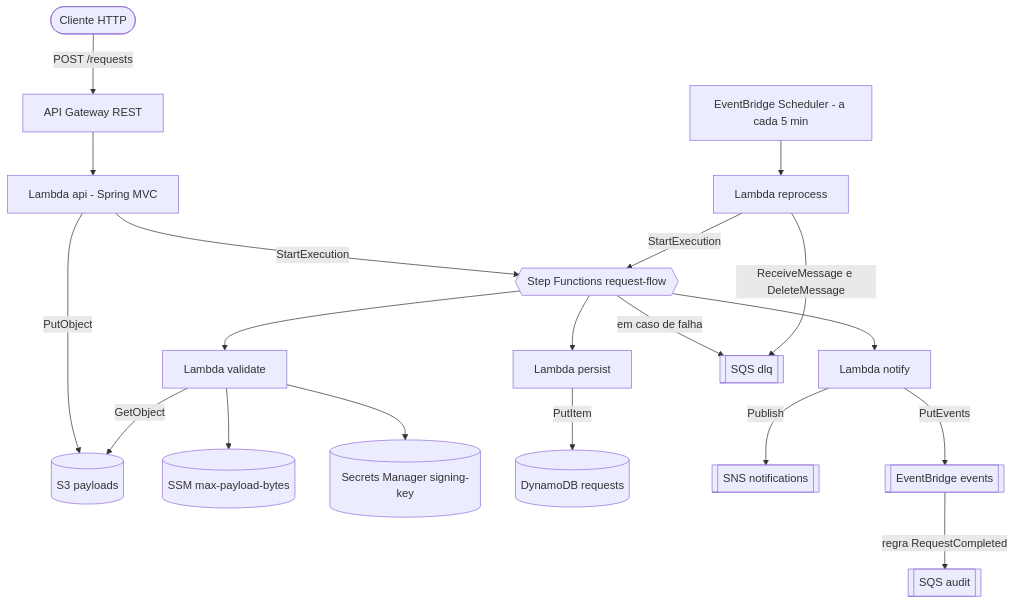
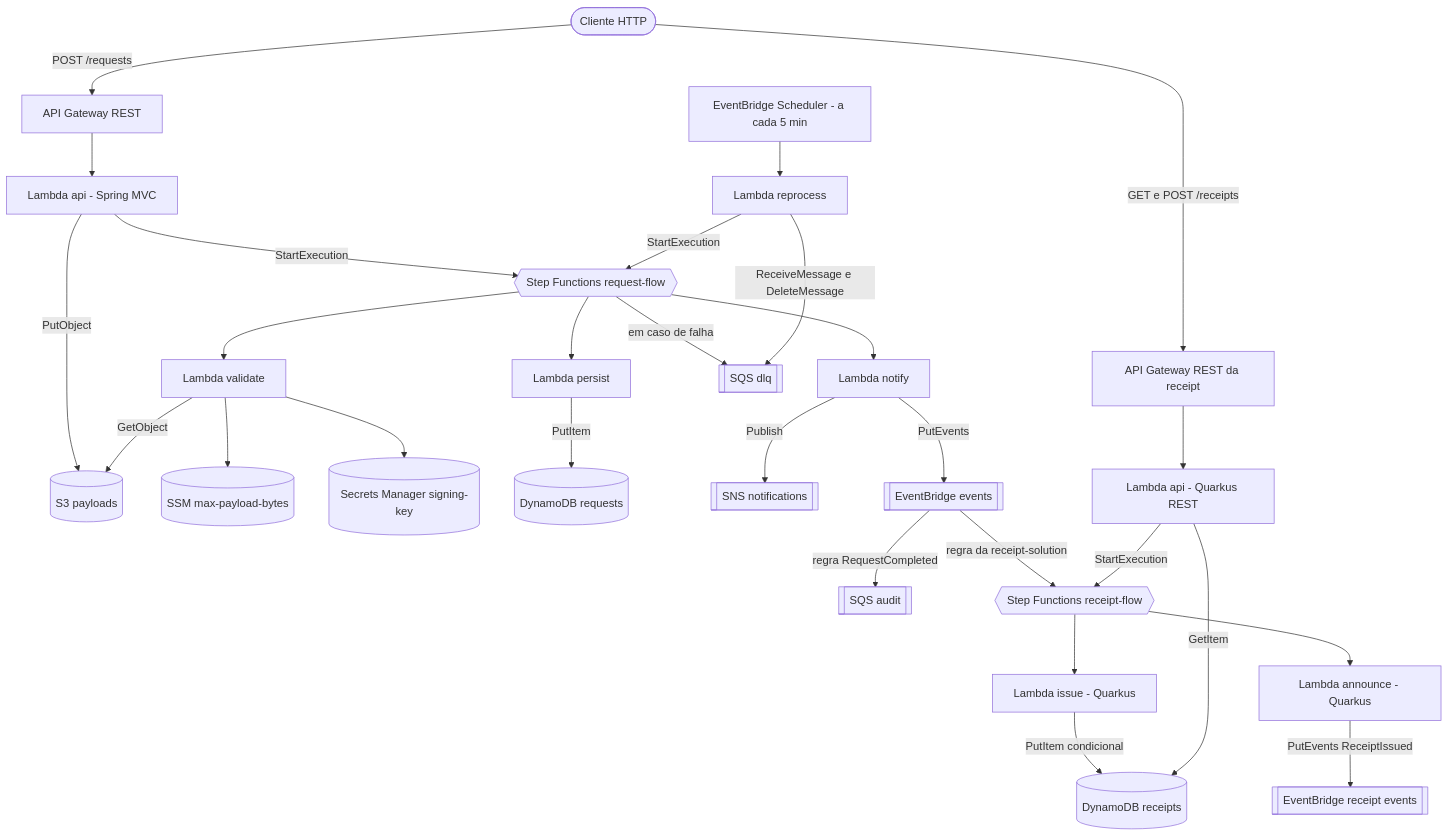
The second of 3 diagrams in docs/architecture.md (mateusmacedo/java-serverless), drawn with Mermaid before and after one commit. The commit also changed other lines of this file and 7 other files, not shown here.

Commit message:
docs: document the multi-framework platform and the receipt-solution

````diff
--- a/docs/architecture.md
+++ b/docs/architecture.md
@@ -30,21 +42,30 @@
 ```mermaid
 flowchart TB
     client([Cliente HTTP]) -->|POST /requests| apigw[API Gateway REST]
     apigw --> apiFn[Lambda api - Spring MVC]
     apiFn -->|PutObject| s3[(S3 payloads)]
     apiFn -->|StartExecution| sfn{{Step Functions request-flow}}
     sfn --> validate[Lambda validate]
     sfn --> persist[Lambda persist]
     sfn --> notify[Lambda notify]
     sfn -->|em caso de falha| dlq[[SQS dlq]]
     validate --> ssm[(SSM max-payload-bytes)]
     validate --> secrets[(Secrets Manager signing-key)]
     validate -->|GetObject| s3
     persist -->|PutItem| ddb[(DynamoDB requests)]
     notify -->|Publish| sns[[SNS notifications]]
     notify -->|PutEvents| bus[[EventBridge events]]
     bus -->|regra RequestCompleted| audit[[SQS audit]]
     scheduler[EventBridge Scheduler - a cada 5 min] --> reprocess[Lambda reprocess]
     reprocess -->|ReceiveMessage e DeleteMessage| dlq
     reprocess -->|StartExecution| sfn
+    bus -->|regra da receipt-solution| receiptSfn{{Step Functions receipt-flow}}
+    receiptSfn --> issue[Lambda issue - Quarkus]
+    receiptSfn --> announce[Lambda announce - Quarkus]
+    issue -->|PutItem condicional| receipts[(DynamoDB receipts)]
+    announce -->|PutEvents ReceiptIssued| receiptBus[[EventBridge receipt events]]
+    client -->|GET e POST /receipts| receiptGw[API Gateway REST da receipt]
+    receiptGw --> receiptApiFn[Lambda api - Quarkus REST]
+    receiptApiFn -->|GetItem| receipts
+    receiptApiFn -->|StartExecution| receiptSfn
 ```
````
